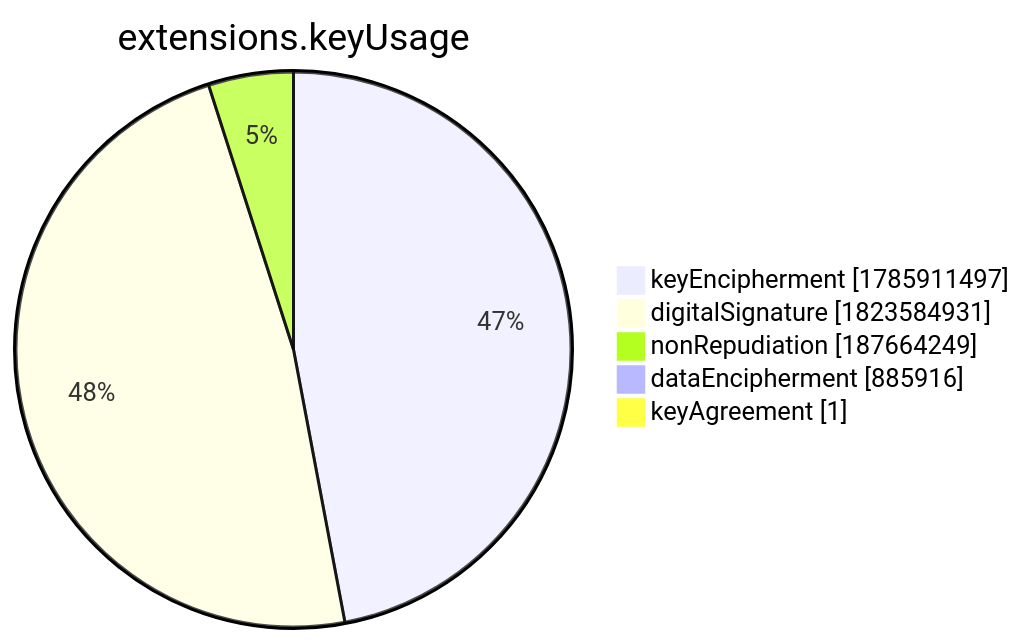
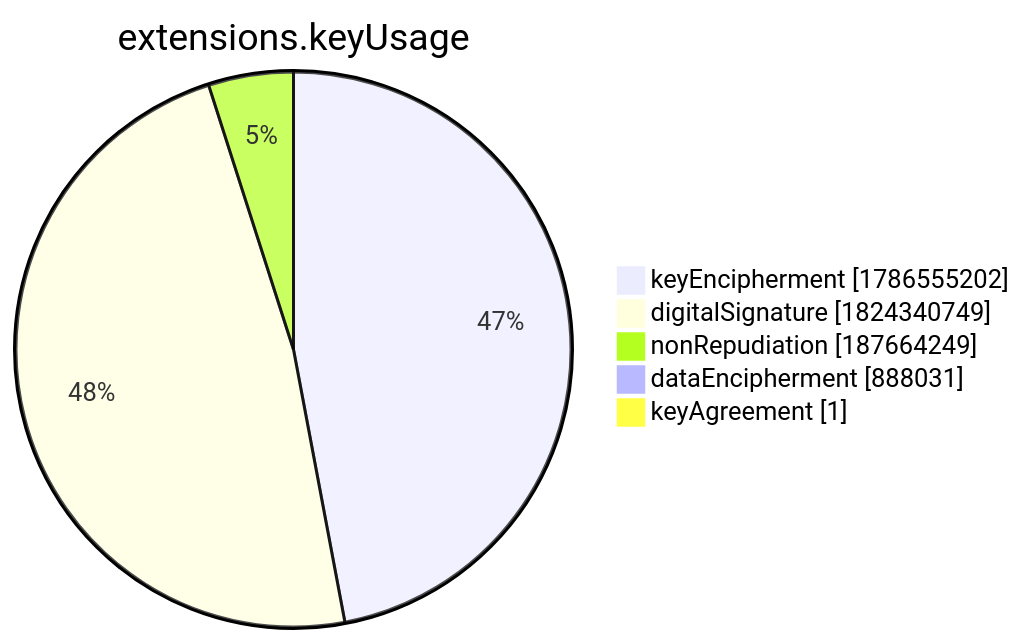
The seventh of 15 diagrams in xenon2022/README.md (christiankrug/ctmonitor_visualization), drawn with Mermaid before and after one commit. The commit also changed other lines of this file, not shown here.

````diff
--- a/xenon2022/README.md
+++ b/xenon2022/README.md
@@ -2859,9 +2859,9 @@
 ```mermaid
 pie showData
 title extensions.keyUsage
-"keyEncipherment" :1785911497
-"digitalSignature" :1823584931
+"keyEncipherment" :1786555202
+"digitalSignature" :1824340749
 "nonRepudiation" :187664249
-"dataEncipherment" :885916
+"dataEncipherment" :888031
 "keyAgreement" :1
 ```
````
